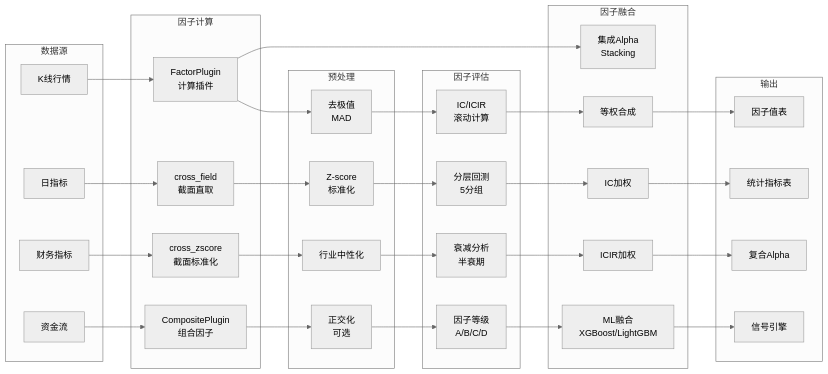
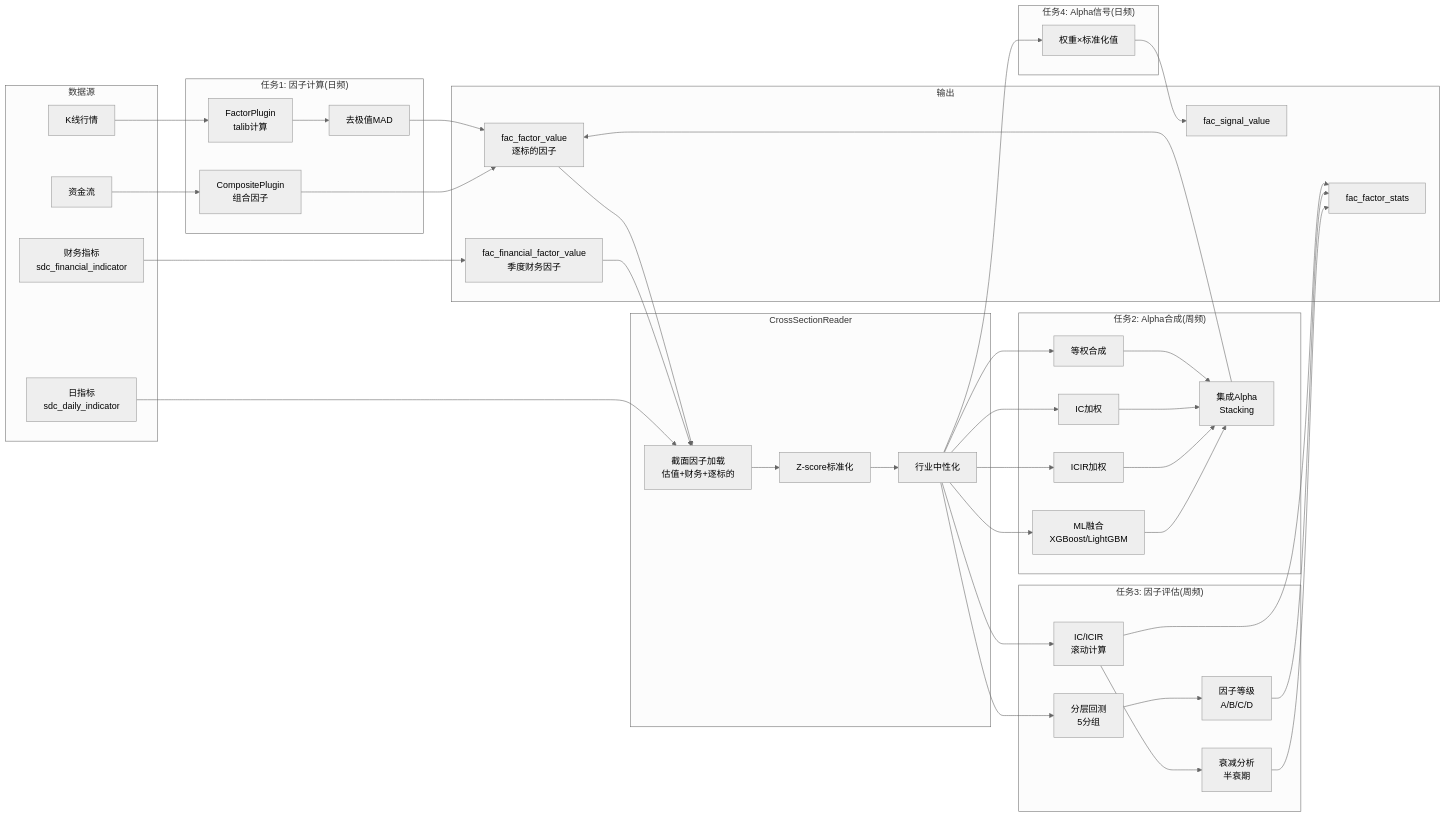
One commit to bitiany/xq-trader changed the second of 31 diagrams in docs/factor-architecture.md. Above: the diagram before and after it, drawn with Mermaid (neutral theme). The commit also changed other lines of this file and 35 other files, not shown here.

````diff
--- a/docs/factor-architecture.md
+++ b/docs/factor-architecture.md
@@ -104,51 +104,67 @@
 ```mermaid
 flowchart LR
     subgraph "数据源"
         KLINE[K线行情]
-        DAILY[日指标]
-        FINA[财务指标]
+        DAILY[日指标<br/>sdc_daily_indicator]
+        FINA[财务指标<br/>sdc_financial_indicator]
         FLOW[资金流]
     end
 
-    subgraph "因子计算"
-        CROSS_FIELD[cross_field<br/>截面直取]
-        CROSS_ZSCORE[cross_zscore<br/>截面标准化]
-        PLUGIN[FactorPlugin<br/>计算插件]
+    subgraph "任务1: 因子计算(日频)"
+        PLUGIN[FactorPlugin<br/>talib计算]
         COMPOSITE[CompositePlugin<br/>组合因子]
+        WINSOR[去极值MAD]
     end
 
-    subgraph "预处理"
-        WINSOR[去极值<br/>MAD]
-        ZSCORE[Z-score<br/>标准化]
+    subgraph "CrossSectionReader"
+        CSR[截面因子加载<br/>估值+财务+逐标的]
+        ZSCORE[Z-score标准化]
         NEUTRAL[行业中性化]
-        ORTHO[正交化<br/>可选]
     end
 
-    subgraph "因子评估"
+    subgraph "任务3: 因子评估(周频)"
         IC[IC/ICIR<br/>滚动计算]
         LAYER[分层回测<br/>5分组]
         DECAY[衰减分析<br/>半衰期]
         GRADE[因子等级<br/>A/B/C/D]
     end
 
-    subgraph "因子融合"
+    subgraph "任务2: Alpha合成(周频)"
         EQ[等权合成]
         ICW[IC加权]
         ICIRW[ICIR加权]
         ML[ML融合<br/>XGBoost/LightGBM]
         ENS[集成Alpha<br/>Stacking]
     end
 
-    subgraph "输出"
-        FVAL[因子值表]
-        FSTAT[统计指标表]
-        ALPHA[复合Alpha]
-        SIGNAL[信号引擎]
+    subgraph "任务4: Alpha信号(日频)"
+        WEIGHT[权重×标准化值]
     end
 
-    KLINE --> PLUGIN --> WINSOR --> IC --> EQ --> FVAL
-    DAILY --> CROSS_FIELD --> ZSCORE --> LAYER --> ICW --> FSTAT
-    FINA --> CROSS_ZSCORE --> NEUTRAL --> DECAY --> ICIRW --> ALPHA
-    FLOW --> COMPOSITE --> ORTHO --> GRADE --> ML --> SIGNAL
-    PLUGIN --> ENS
+    subgraph "输出"
+        FVAL[fac_factor_value<br/>逐标的因子]
+        FFVAL[fac_financial_factor_value<br/>季度财务因子]
+        FSTAT[fac_factor_stats]
+        FSIGNAL[fac_signal_value]
+    end
+
+    KLINE --> PLUGIN --> WINSOR --> FVAL
+    FLOW --> COMPOSITE --> FVAL
+
+    FVAL --> CSR
+    DAILY --> CSR
+    FINA --> FFVAL --> CSR
+    CSR --> ZSCORE --> NEUTRAL
+
+    NEUTRAL --> IC --> FSTAT
+    NEUTRAL --> LAYER --> GRADE --> FSTAT
+    IC --> DECAY --> FSTAT
+
+    NEUTRAL --> EQ --> ENS
+    NEUTRAL --> ICW --> ENS
+    NEUTRAL --> ICIRW --> ENS
+    NEUTRAL --> ML --> ENS
+    ENS --> FVAL
+
+    NEUTRAL --> WEIGHT --> FSIGNAL
 ```
````
